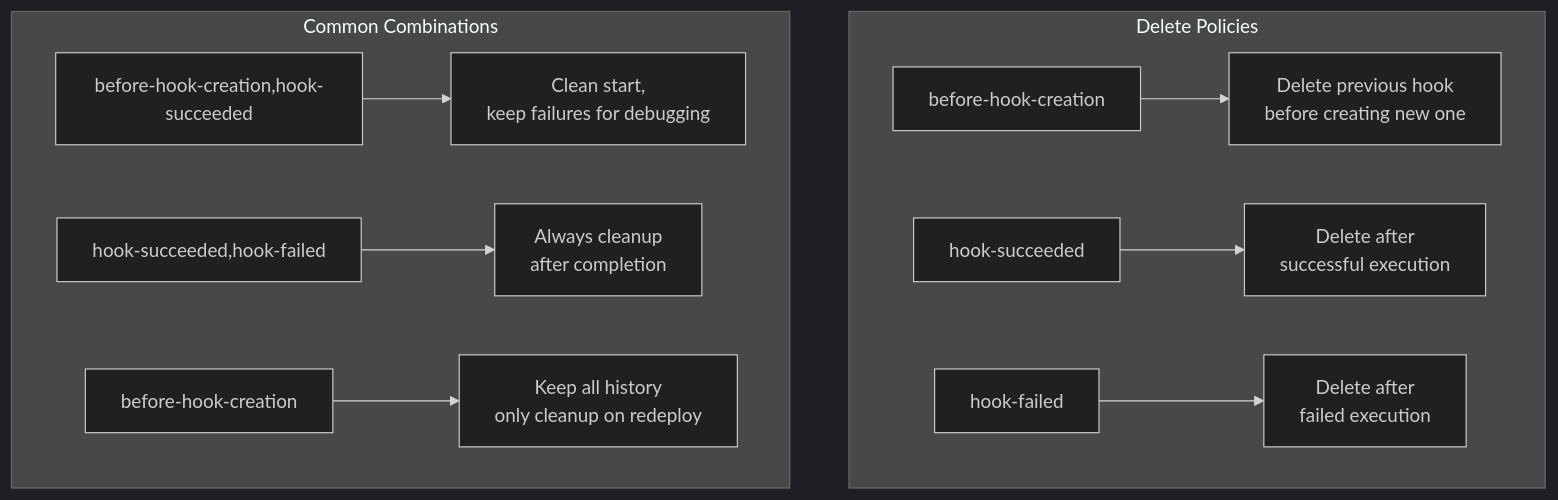
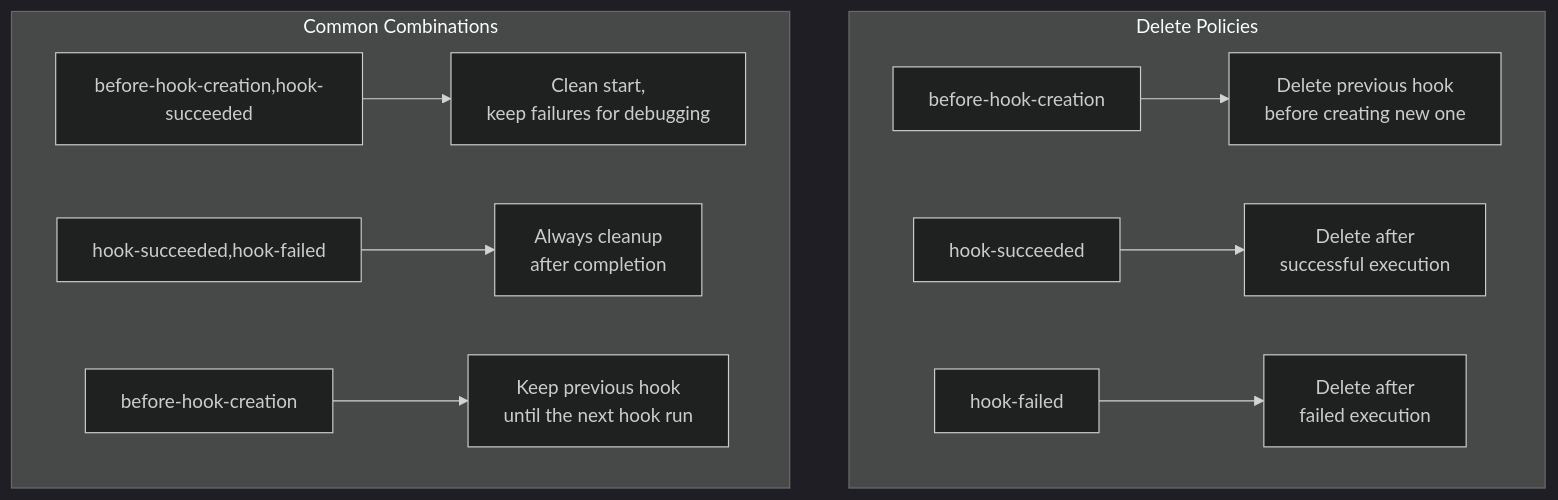
The sixth of 6 diagrams in posts/2026-01-30-helm-hooks-advanced/README.md (OneUptime/blog), drawn with Mermaid (dark theme) before and after one commit. The commit also changed other lines of this file and 2 other files, not shown here.

````diff
--- a/posts/2026-01-30-helm-hooks-advanced/README.md
+++ b/posts/2026-01-30-helm-hooks-advanced/README.md
@@ -725,14 +730,14 @@
 ```mermaid
 flowchart TB
     subgraph Policies["Delete Policies"]
         A[before-hook-creation] --> A1["Delete previous hook<br/>before creating new one"]
         B[hook-succeeded] --> B1["Delete after<br/>successful execution"]
         C[hook-failed] --> C1["Delete after<br/>failed execution"]
     end
 
     subgraph Examples["Common Combinations"]
         D["before-hook-creation,hook-succeeded"] --> D1["Clean start,<br/>keep failures for debugging"]
         E["hook-succeeded,hook-failed"] --> E1["Always cleanup<br/>after completion"]
-        F["before-hook-creation"] --> F1["Keep all history<br/>only cleanup on redeploy"]
+        F["before-hook-creation"] --> F1["Keep previous hook<br/>until the next hook run"]
     end
 ```
````
